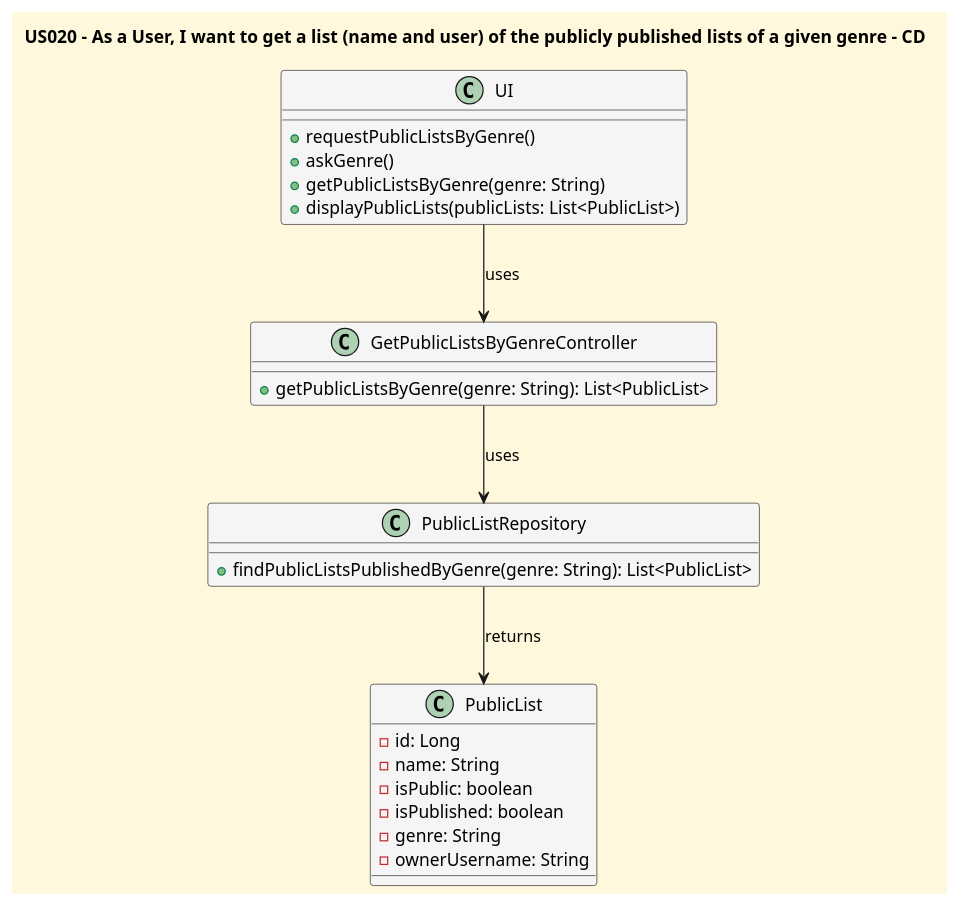
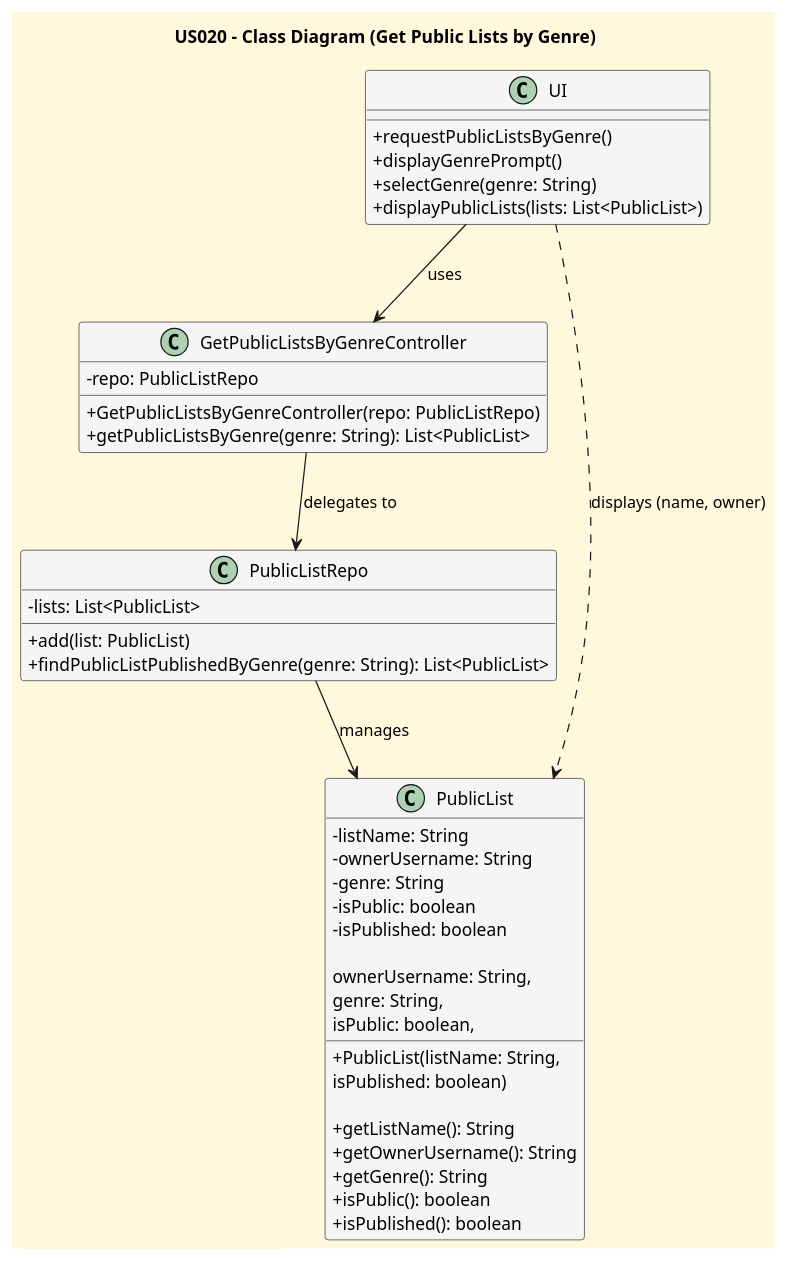
One commit to CarolinaLeite-collab/JavaMarketplacePlatform changed the diagram in docs/userStories/US020/US020_get_a_list_given_genres_CD.puml. Above: the diagram before and after it, drawn with PlantUML.

Commit message:
Resolves #133: Created Class Diagram for US020

```diff
--- a/docs/userStories/US020/US020_get_a_list_given_genres_CD.puml
+++ b/docs/userStories/US020/US020_get_a_list_given_genres_CD.puml
@@ -1,38 +1,55 @@
 @startuml
-title US020 - As a User, I want to get a list (name and user) of the publicly published lists of a given genre - CD
+title US020 - Class Diagram (Get Public Lists by Genre)
 
 skinparam monochrome false
 skinparam shadowing false
 skinparam defaultFontName Futura
 skinparam backgroundColor CornSilk
 skinparam classBackgroundColor WhiteSmoke
+skinparam classAttributeIconSize 0
 
 class UI {
   +requestPublicListsByGenre()
-  +askGenre()
-  +getPublicListsByGenre(genre: String)
-  +displayPublicLists(publicLists: List<PublicList>)
+  +displayGenrePrompt()
+  +selectGenre(genre: String)
+  +displayPublicLists(lists: List<PublicList>)
 }
 
 class GetPublicListsByGenreController {
+  -repo: PublicListRepo
+  +GetPublicListsByGenreController(repo: PublicListRepo)
   +getPublicListsByGenre(genre: String): List<PublicList>
 }
 
-class PublicListRepository {
-  +findPublicListsPublishedByGenre(genre: String): List<PublicList>
+class PublicListRepo {
+  -lists: List<PublicList>
+  +add(list: PublicList)
+  +findPublicListPublishedByGenre(genre: String): List<PublicList>
 }
 
 class PublicList {
-  -id: Long
-  -name: String
+  -listName: String
+  -ownerUsername: String
+  -genre: String
   -isPublic: boolean
   -isPublished: boolean
-  -genre: String
-  -ownerUsername: String
+
+  +PublicList(listName: String,
+              ownerUsername: String,
+              genre: String,
+              isPublic: boolean,
+              isPublished: boolean)
+
+  +getListName(): String
+  +getOwnerUsername(): String
+  +getGenre(): String
+  +isPublic(): boolean
+  +isPublished(): boolean
 }
 
 UI --> GetPublicListsByGenreController : uses
-GetPublicListsByGenreController --> PublicListRepository : uses
-PublicListRepository --> PublicList : returns
+GetPublicListsByGenreController --> PublicListRepo : delegates to
+PublicListRepo --> PublicList : manages
+UI ..> PublicList : displays (name, owner)
 
 @enduml
```
